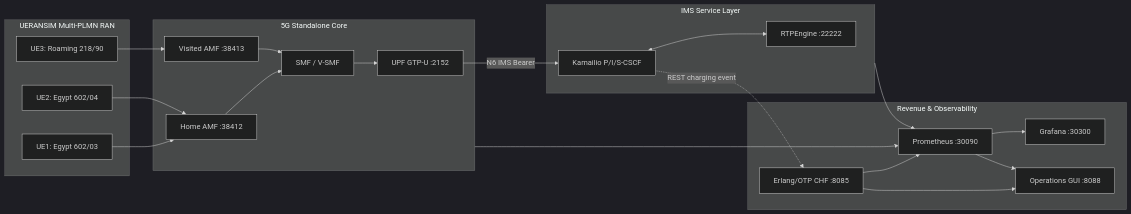
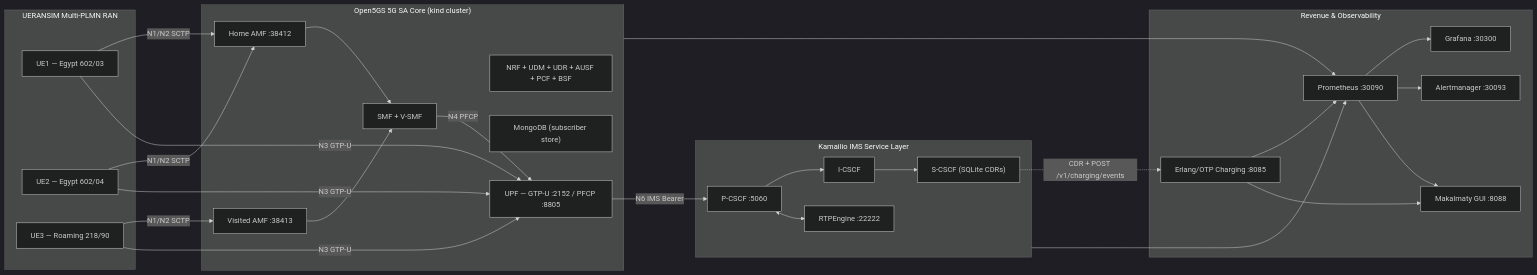
The first of 2 diagrams in README.md (khattabpi/Open-Telecom-Lab), drawn with Mermaid (dark theme) before and after one commit. The commit also changed other lines of this file and 23 other files, not shown here.

````diff
--- a/README.md
+++ b/README.md
@@ -22,36 +56,44 @@
 ```mermaid
 graph LR
     subgraph RAN["UERANSIM Multi-PLMN RAN"]
-        UE1[UE1: Egypt 602/03]
-        UE2[UE2: Egypt 602/04]
-        UE3[UE3: Roaming 218/90]
+        UE1["UE1 — Egypt 602/03"]
+        UE2["UE2 — Egypt 602/04"]
+        UE3["UE3 — Roaming 218/90"]
     end
 
-    subgraph 5GC["5G Standalone Core"]
-        AMF[Home AMF :38412]
-        VAMF[Visited AMF :38413]
-        SMF[SMF / V-SMF]
-        UPF[UPF GTP-U :2152]
+    subgraph CORE["Open5GS 5G SA Core (kind cluster)"]
+        AMF["Home AMF :38412"]
+        VAMF["Visited AMF :38413"]
+        SMF["SMF + V-SMF"]
+        UPF["UPF — GTP-U :2152 / PFCP :8805"]
+        NRF["NRF + UDM + UDR + AUSF + PCF + BSF"]
+        DB["MongoDB (subscriber store)"]
     end
 
-    subgraph IMS["IMS Service Layer"]
-        PCSCF[Kamailio P/I/S-CSCF]
-        RTP[RTPEngine :22222]
+    subgraph IMS["Kamailio IMS Service Layer"]
+        PCSCF["P-CSCF :5060"]
+        ICSCF["I-CSCF"]
+        SCSCF["S-CSCF (SQLite CDRs)"]
+        RTPE["RTPEngine :22222"]
     end
 
-    subgraph REV["Revenue & Observability"]
-        ERL[Erlang/OTP CHF :8085]
-        PROM[Prometheus :30090]
-        GRAF[Grafana :30300]
-        GUI[Operations GUI :8088]
+    subgraph BSS["Revenue & Observability"]
+        ERL["Erlang/OTP Charging :8085"]
+        PROM["Prometheus :30090"]
+        GRAF["Grafana :30300"]
+        ALERT["Alertmanager :30093"]
+        GUI["Makalmaty GUI :8088"]
     end
 
-    UE1 & UE2 --> AMF
-    UE3 --> VAMF
-    AMF & VAMF --> SMF --> UPF
+    UE1 & UE2 -->|N1/N2 SCTP| AMF
+    UE3 -->|N1/N2 SCTP| VAMF
+    AMF & VAMF --> SMF -->|N4 PFCP| UPF
+    UE1 & UE2 & UE3 -->|N3 GTP-U| UPF
     UPF -->|N6 IMS Bearer| PCSCF
-    PCSCF <--> RTP
-    PCSCF -.->|REST charging event| ERL
-    ERL & 5GC & IMS --> PROM --> GRAF
+    PCSCF --> ICSCF --> SCSCF
+    PCSCF <--> RTPE
+    SCSCF -.->|CDR + POST /v1/charging/events| ERL
+    ERL & CORE & IMS --> PROM --> GRAF
+    PROM --> ALERT
     ERL & PROM --> GUI
 ```
````
